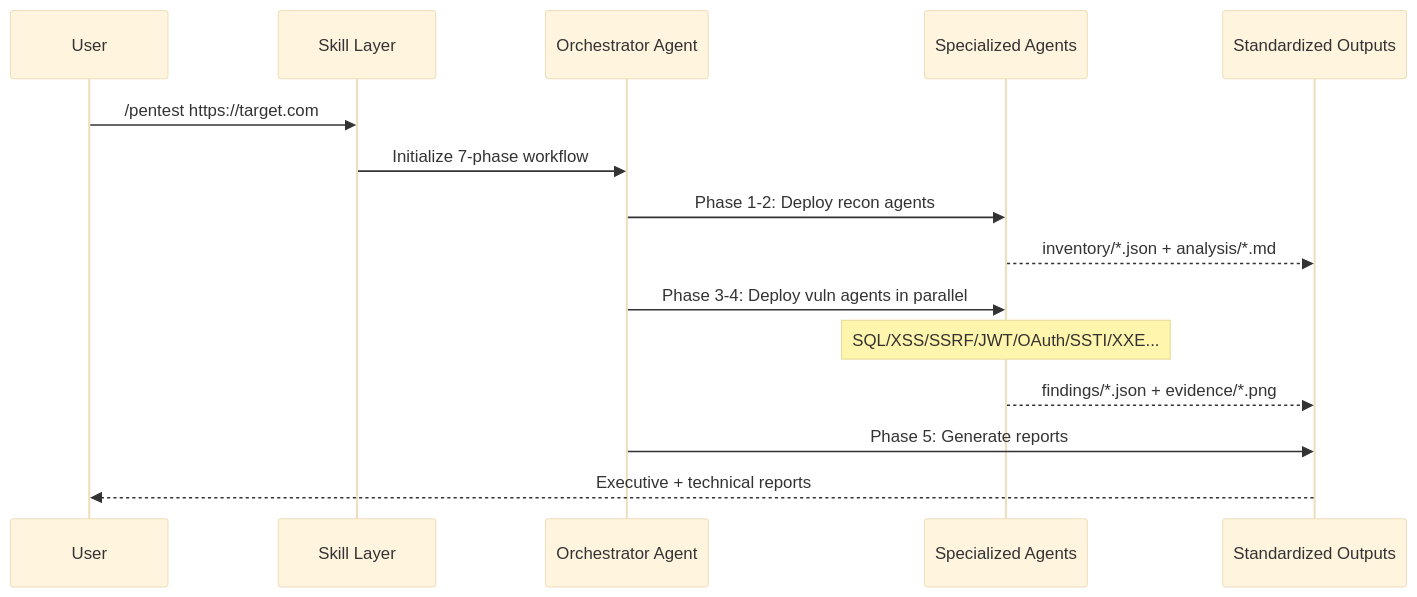
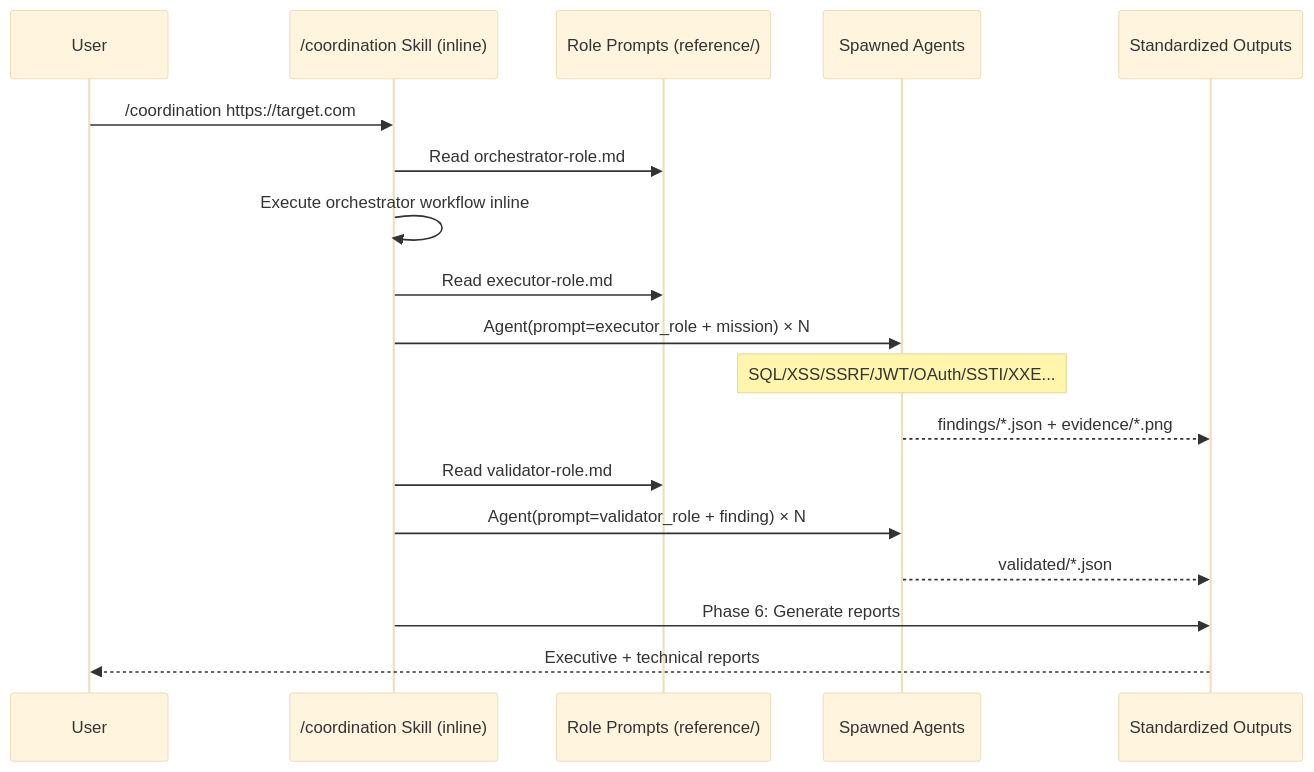
One commit to l0h1nth/communitytools changed the diagram in README.md. Above: the diagram before and after it, drawn with Mermaid (base theme). The commit also changed other lines of this file and 334 other files, not shown here.

````diff
--- a/README.md
+++ b/README.md
@@ -169,21 +150,24 @@
 ```mermaid
 sequenceDiagram
     participant User
-    participant Skill as Skill Layer
-    participant Orch as Orchestrator Agent
-    participant Agents as Specialized Agents
+    participant Skill as /coordination Skill (inline)
+    participant Roles as Role Prompts (reference/)
+    participant Agents as Spawned Agents
     participant Output as Standardized Outputs
 
-    User->>Skill: /pentest https://target.com
-    Skill->>Orch: Initialize 7-phase workflow
+    User->>Skill: /coordination https://target.com
+    Skill->>Roles: Read orchestrator-role.md
+    Skill->>Skill: Execute orchestrator workflow inline
 
-    Orch->>Agents: Phase 1-2: Deploy recon agents
-    Agents-->>Output: inventory/*.json + analysis/*.md
-
-    Orch->>Agents: Phase 3-4: Deploy vuln agents in parallel
+    Skill->>Roles: Read executor-role.md
+    Skill->>Agents: Agent(prompt=executor_role + mission) × N
     Note over Agents: SQL/XSS/SSRF/JWT/OAuth/SSTI/XXE...
     Agents-->>Output: findings/*.json + evidence/*.png
 
-    Orch->>Output: Phase 5: Generate reports
+    Skill->>Roles: Read validator-role.md
+    Skill->>Agents: Agent(prompt=validator_role + finding) × N
+    Agents-->>Output: validated/*.json
+
+    Skill->>Output: Phase 6: Generate reports
     Output-->>User: Executive + technical reports
 ```
````
